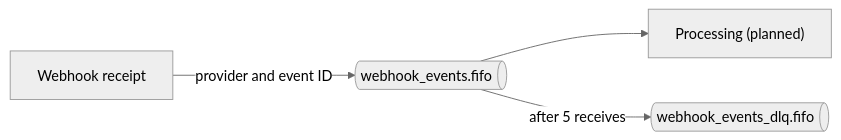
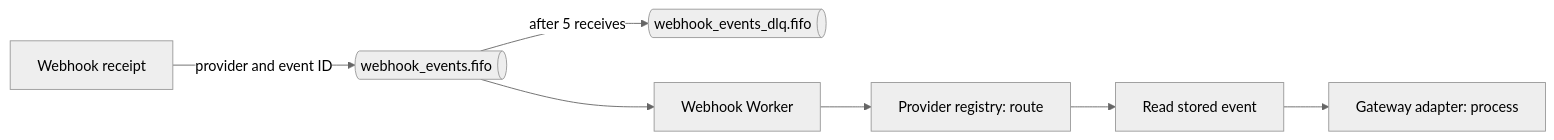
The second of 2 diagrams in docs/architecture/webhook-receipt.md (gabrielroriz/aws-resilient-payment-flow), drawn with Mermaid (neutral theme) before and after one commit. The commit also changed other lines of this file and 40 other files, not shown here.

First line of the commit message:
feat: route queued webhook events to gateway adapters in a worker Lambda

````diff
--- a/docs/architecture/webhook-receipt.md
+++ b/docs/architecture/webhook-receipt.md
@@ -59,8 +60,11 @@
 ```mermaid
 flowchart LR
     Queue@{ shape: h-cyl, label: "webhook_events.fifo" }
     DLQ@{ shape: h-cyl, label: "webhook_events_dlq.fifo" }
     Receipt["Webhook receipt"] -->|"provider and event ID"| Queue
-    Queue --> Processing["Processing (planned)"]
+    Queue --> Worker["Webhook Worker"]
+    Worker --> Registry["Provider registry: route"]
+    Registry --> Store["Read stored event"]
+    Store --> Processor["Gateway adapter: process"]
     Queue -->|"after 5 receives"| DLQ
 ```
````
